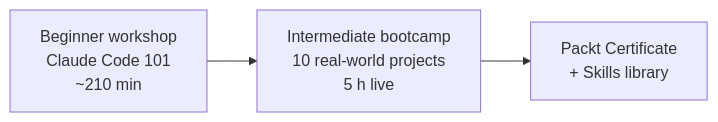
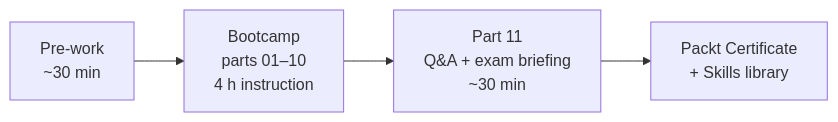
Before and after one commit to poornimagodavarthi/claud-bootcamp-live: the diagram in README.md, drawn with Mermaid. The commit also changed other lines of this file and 107 other files, not shown here.

First line of the commit message:
feat(005): May 2026 bootcamp refresh — Skills · Hooks · MCP · GitHub Actions · Multi-agent

````diff
--- a/README.md
+++ b/README.md
@@ -22,5 +32,6 @@
 ```mermaid
 flowchart LR
-    A[Beginner workshop<br/>Claude Code 101<br/>~210 min] --> B[Intermediate bootcamp<br/>10 real-world projects<br/>5 h live]
-    B --> C[Packt Certificate<br/>+ Skills library]
+    A[Pre-work<br/>~30 min] --> B[Bootcamp<br/>parts 01–10<br/>4 h instruction]
+    B --> C[Part 11<br/>Q&A + exam briefing<br/>~30 min]
+    C --> D[Packt Certificate<br/>+ Skills library]
 ```
````
